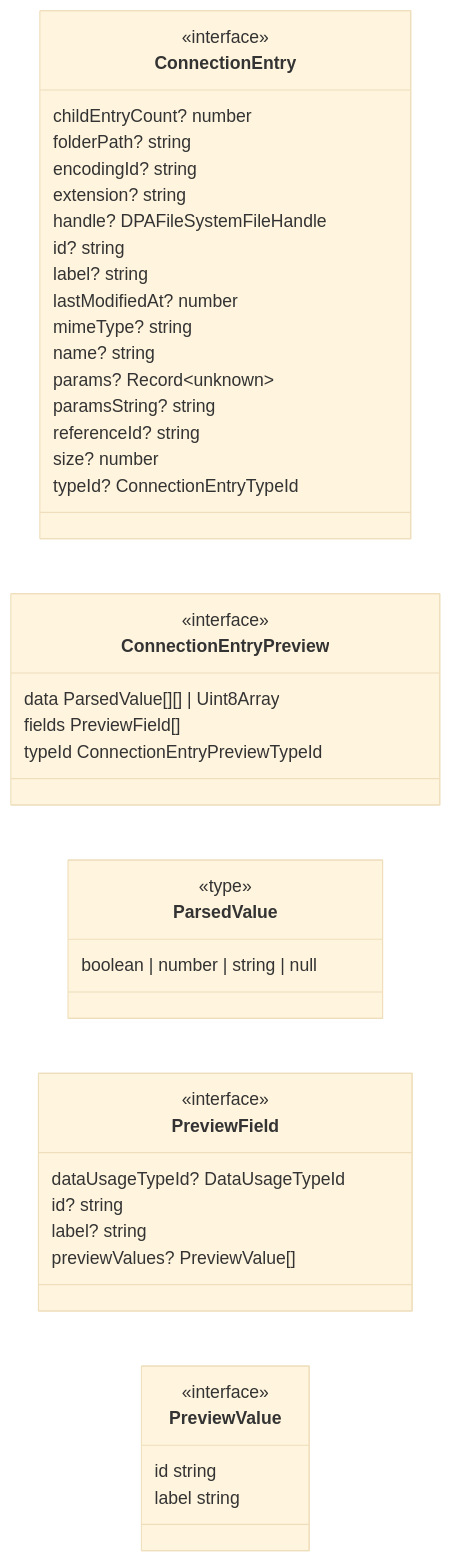
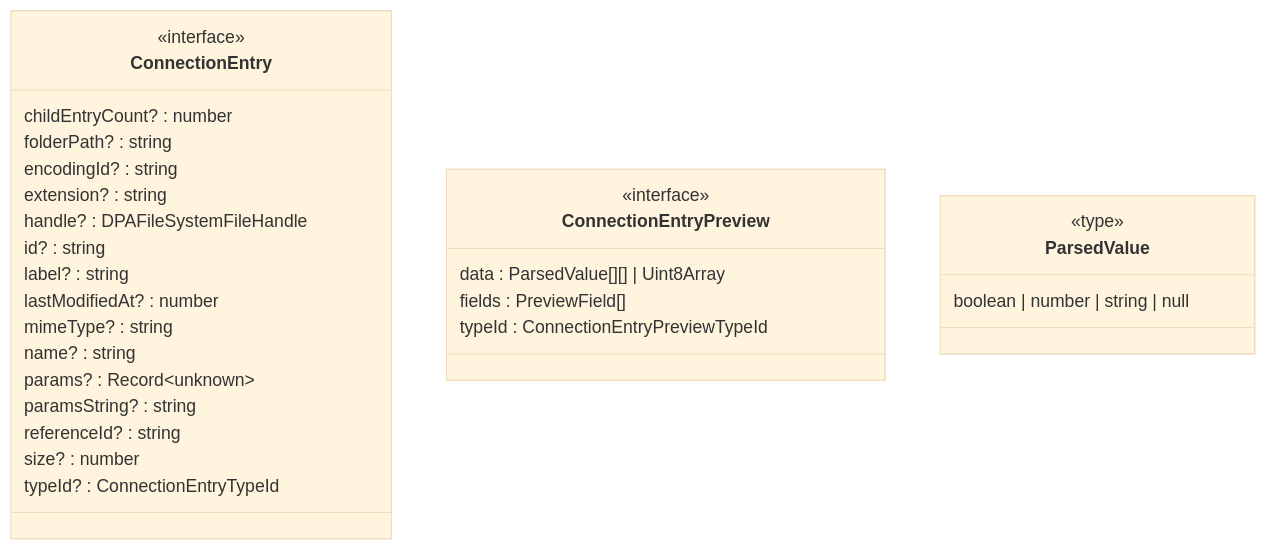
The fourth of 7 diagrams in README.md (data-positioning/datapos-shared), drawn with Mermaid (base theme) before and after one commit. The commit also changed other lines of this file and 1 other file, not shown here.

````diff
--- a/README.md
+++ b/README.md
@@ -169,49 +169,35 @@
 ```mermaid
 classDiagram
-    direction RL
+    direction TB
 
     class ConnectionEntry {
         <<interface>>
-        childEntryCount? number
-        folderPath? string
-        encodingId? string
-        extension? string
-        handle? DPAFileSystemFileHandle
-        id? string
-        label? string
-        lastModifiedAt? number
-        mimeType? string
-        name? string
-        params? Record~unknown~
-        paramsString? string
-        referenceId? string
-        size? number
-        typeId? ConnectionEntryTypeId
+        childEntryCount? :  number
+        folderPath? :  string
+        encodingId? :  string
+        extension? :  string
+        handle? :  DPAFileSystemFileHandle
+        id? :  string
+        label? :  string
+        lastModifiedAt? :  number
+        mimeType? :  string
+        name? :  string
+        params? :  Record~unknown~
+        paramsString? :  string
+        referenceId? :  string
+        size? :  number
+        typeId? :  ConnectionEntryTypeId
     }
 
     class ConnectionEntryPreview {
         <<interface>>
-        data ParsedValue[][] | Uint8Array
-        fields PreviewField[]
-        typeId ConnectionEntryPreviewTypeId
+        data :  ParsedValue[][] | Uint8Array
+        fields :  PreviewField[]
+        typeId :  ConnectionEntryPreviewTypeId
     }
 
     class ParsedValue {
         <<type>>
         boolean | number | string | null
     }
-
-    class PreviewField {
-        <<interface>>
-        dataUsageTypeId? DataUsageTypeId
-        id? string
-        label? string
-        previewValues? PreviewValue[]
-    }
-
-    class PreviewValue {
-        <<interface>>
-        id string
-        label string
-    }
 ```
````
